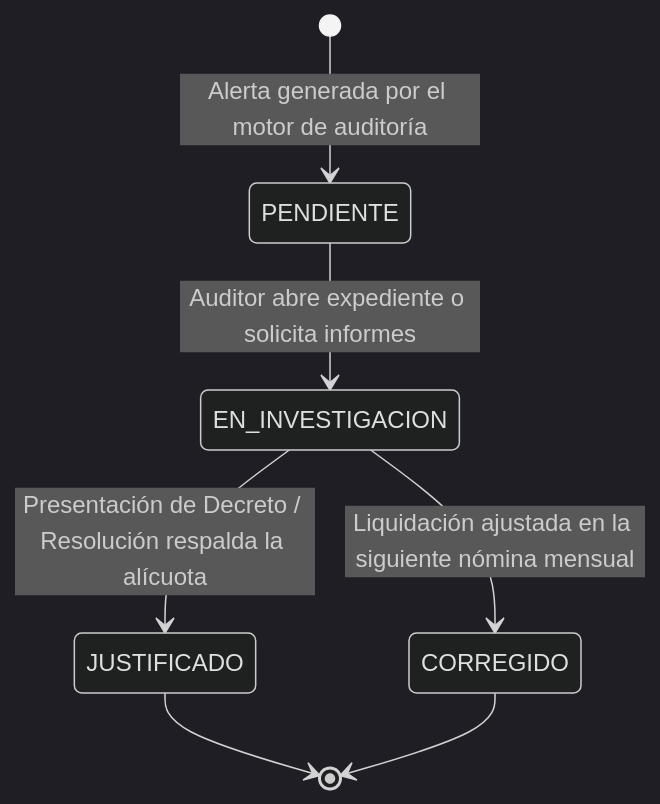
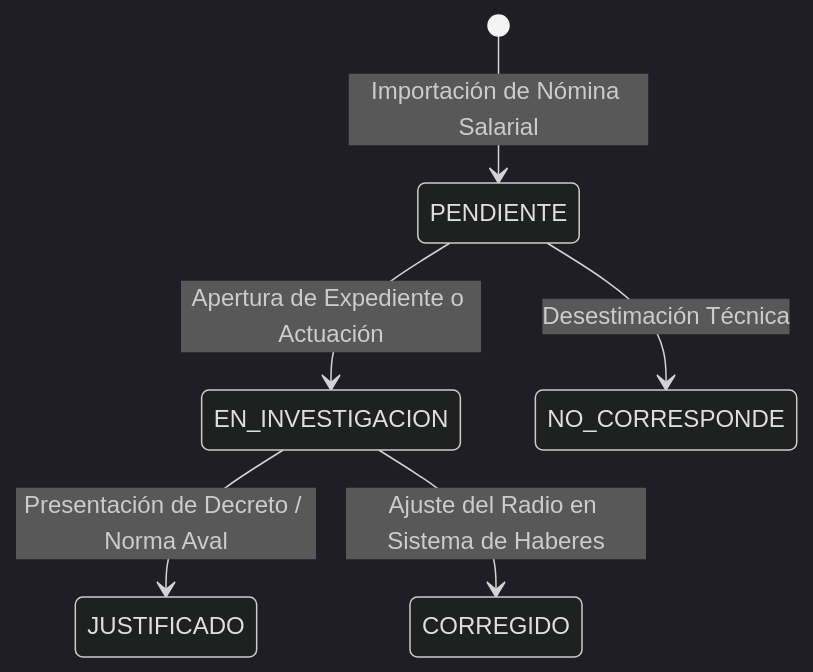
One commit to Noodle1981/edu-auditor changed the diagram in doc/seguimiento_gestion.md. Above: the diagram before and after it, drawn with Mermaid (dark theme). The commit also changed other lines of this file and 7 other files, not shown here.

````diff
--- a/doc/seguimiento_gestion.md
+++ b/doc/seguimiento_gestion.md
@@ -21,9 +13,8 @@
 ```mermaid
 stateDiagram-v2
-    [*] --> PENDIENTE: Alerta generada por el motor de auditoría
-    PENDIENTE --> EN_INVESTIGACION: Auditor abre expediente o solicita informes
-    EN_INVESTIGACION --> JUSTIFICADO: Presentación de Decreto / Resolución respalda la alícuota
-    EN_INVESTIGACION --> CORREGIDO: Liquidación ajustada en la siguiente nómina mensual
-    JUSTIFICADO --> [*]
-    CORREGIDO --> [*]
+    [*] --> PENDIENTE: Importación de Nómina Salarial
+    PENDIENTE --> EN_INVESTIGACION: Apertura de Expediente o Actuación
+    EN_INVESTIGACION --> JUSTIFICADO: Presentación de Decreto / Norma Aval
+    EN_INVESTIGACION --> CORREGIDO: Ajuste del Radio en Sistema de Haberes
+    PENDIENTE --> NO_CORRESPONDE: Desestimación Técnica
 ```
````
